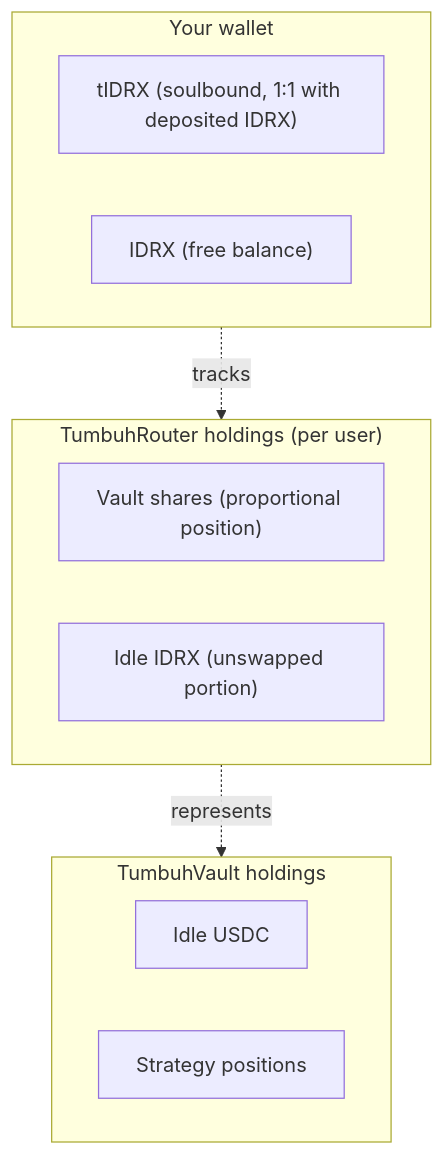
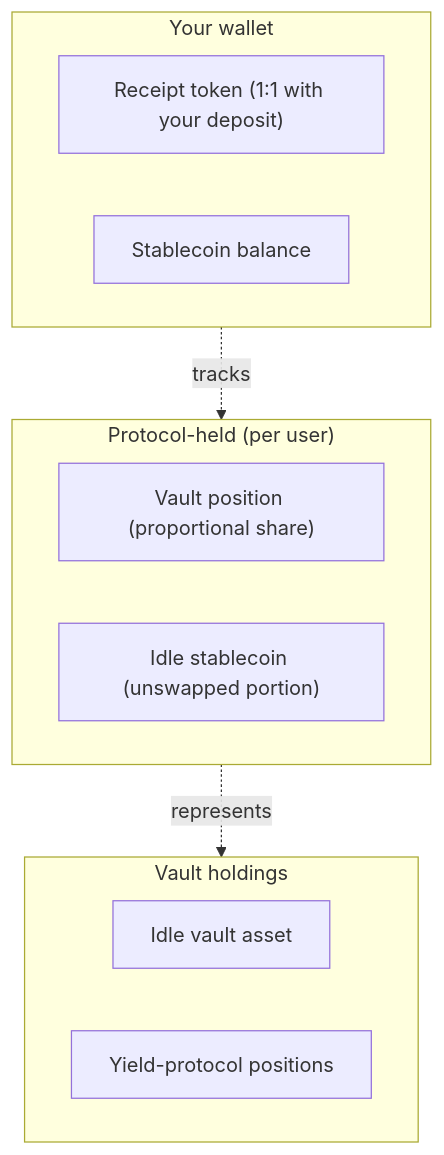
One commit to tumbuh-fi/docs changed the second of 2 diagrams in how-it-works/overview.mdx. Above: the diagram before and after it, drawn with Mermaid. The commit also changed other lines of this file and 5 other files, not shown here.

````diff
--- a/how-it-works/overview.mdx
+++ b/how-it-works/overview.mdx
@@ -47,20 +47,20 @@
 ```mermaid
 flowchart TB
     subgraph Wallet["Your wallet"]
-        TIDRX["tIDRX (soulbound, 1:1 with deposited IDRX)"]
-        IDRXBal["IDRX (free balance)"]
+        TIDRX["Receipt token (1:1 with your deposit)"]
+        IDRXBal["Stablecoin balance"]
     end
 
-    subgraph RouterHoldings["TumbuhRouter holdings (per user)"]
-        Shares["Vault shares (proportional position)"]
-        IdleIDRX["Idle IDRX (unswapped portion)"]
+    subgraph RouterHoldings["Protocol-held (per user)"]
+        Shares["Vault position (proportional share)"]
+        IdleIDRX["Idle stablecoin (unswapped portion)"]
     end
 
-    subgraph VaultHoldings["TumbuhVault holdings"]
-        USDCIdle["Idle USDC"]
-        StratPos["Strategy positions"]
+    subgraph VaultHoldings["Vault holdings"]
+        USDCIdle["Idle vault asset"]
+        StratPos["Yield-protocol positions"]
     end
 
     Wallet -.tracks.-> RouterHoldings
     RouterHoldings -.represents.-> VaultHoldings
 ```
````
